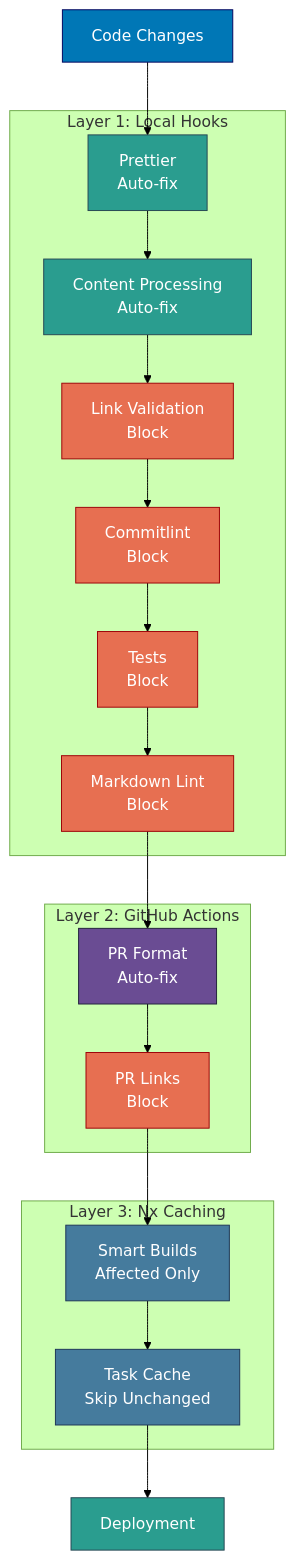
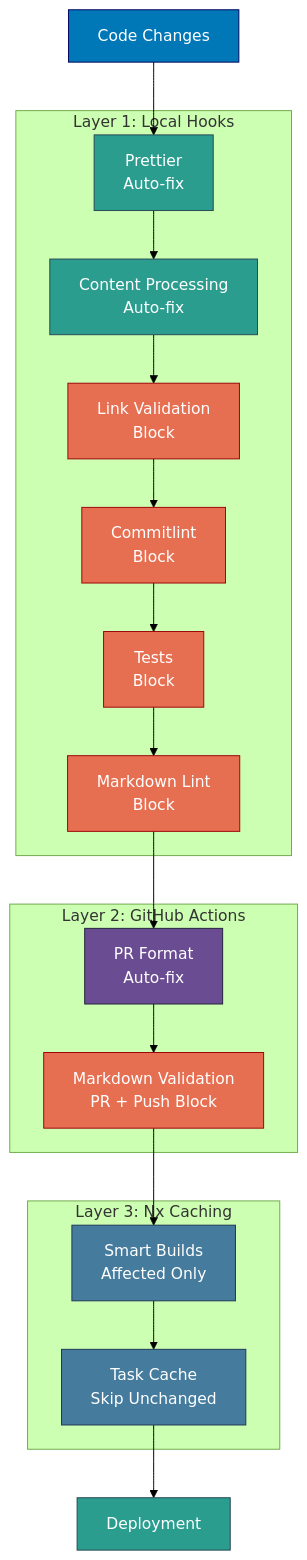
One commit to wahidyankf/ose-primer changed the second of 2 diagrams in docs/reference/system-architecture/ci-cd.md. Above: the diagram before and after it, drawn with Mermaid (forest theme). The commit also changed other lines of this file and 14 other files, not shown here.

First line of the commit message:
docs(governance): document pre-commit mermaid, prose heading rules, and anchor validation

````diff
--- a/docs/reference/system-architecture/ci-cd.md
+++ b/docs/reference/system-architecture/ci-cd.md
@@ -312,52 +329,52 @@
 ```mermaid
 graph TB
     CODE[Code Changes]
 
     subgraph "Layer 1: Local Hooks"
         L1_FORMAT[Prettier<br/>Auto-fix]
         L1_CONTENT[Content Processing<br/>Auto-fix]
         L1_LINKS[Link Validation<br/>Block]
         L1_COMMIT[Commitlint<br/>Block]
         L1_TEST[Tests<br/>Block]
         L1_MD[Markdown Lint<br/>Block]
     end
 
     subgraph "Layer 2: GitHub Actions"
         L2_FORMAT[PR Format<br/>Auto-fix]
-        L2_LINKS[PR Links<br/>Block]
+        L2_LINKS[Markdown Validation<br/>PR + Push Block]
     end
 
     subgraph "Layer 3: Nx Caching"
         L3_BUILD[Smart Builds<br/>Affected Only]
         L3_CACHE[Task Cache<br/>Skip Unchanged]
     end
 
     DEPLOY[Deployment]
 
     CODE --> L1_FORMAT
     L1_FORMAT --> L1_CONTENT
     L1_CONTENT --> L1_LINKS
     L1_LINKS --> L1_COMMIT
     L1_COMMIT --> L1_TEST
     L1_TEST --> L1_MD
 
     L1_MD --> L2_FORMAT
     L2_FORMAT --> L2_LINKS
 
     L2_LINKS --> L3_BUILD
     L3_BUILD --> L3_CACHE
     L3_CACHE --> DEPLOY
 
     style CODE fill:#0077b6,stroke:#03045e,color:#ffffff
     style L1_FORMAT fill:#2a9d8f,stroke:#264653,color:#ffffff
     style L1_CONTENT fill:#2a9d8f,stroke:#264653,color:#ffffff
     style L1_LINKS fill:#e76f51,stroke:#9d0208,color:#ffffff
     style L1_COMMIT fill:#e76f51,stroke:#9d0208,color:#ffffff
     style L1_TEST fill:#e76f51,stroke:#9d0208,color:#ffffff
     style L1_MD fill:#e76f51,stroke:#9d0208,color:#ffffff
     style L2_FORMAT fill:#6a4c93,stroke:#22223b,color:#ffffff
     style L2_LINKS fill:#e76f51,stroke:#9d0208,color:#ffffff
     style L3_BUILD fill:#457b9d,stroke:#1d3557,color:#ffffff
     style L3_CACHE fill:#457b9d,stroke:#1d3557,color:#ffffff
     style DEPLOY fill:#2a9d8f,stroke:#264653,color:#ffffff
 ```
````
